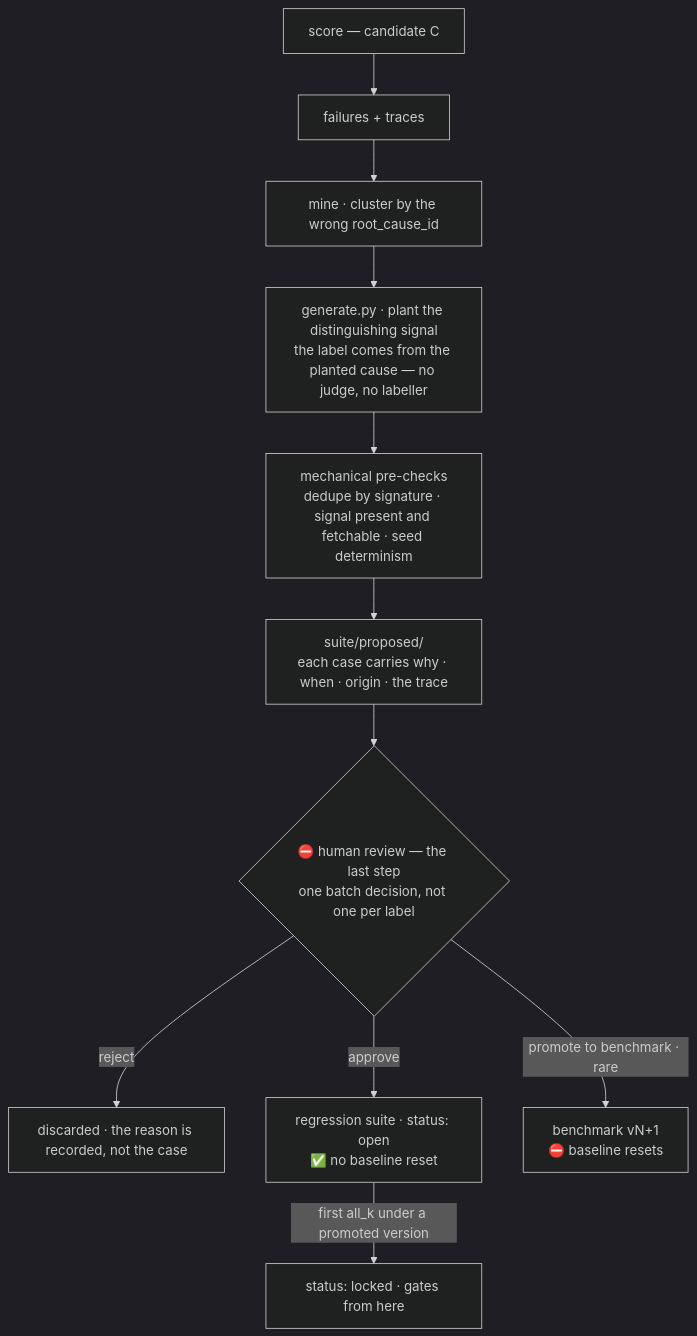
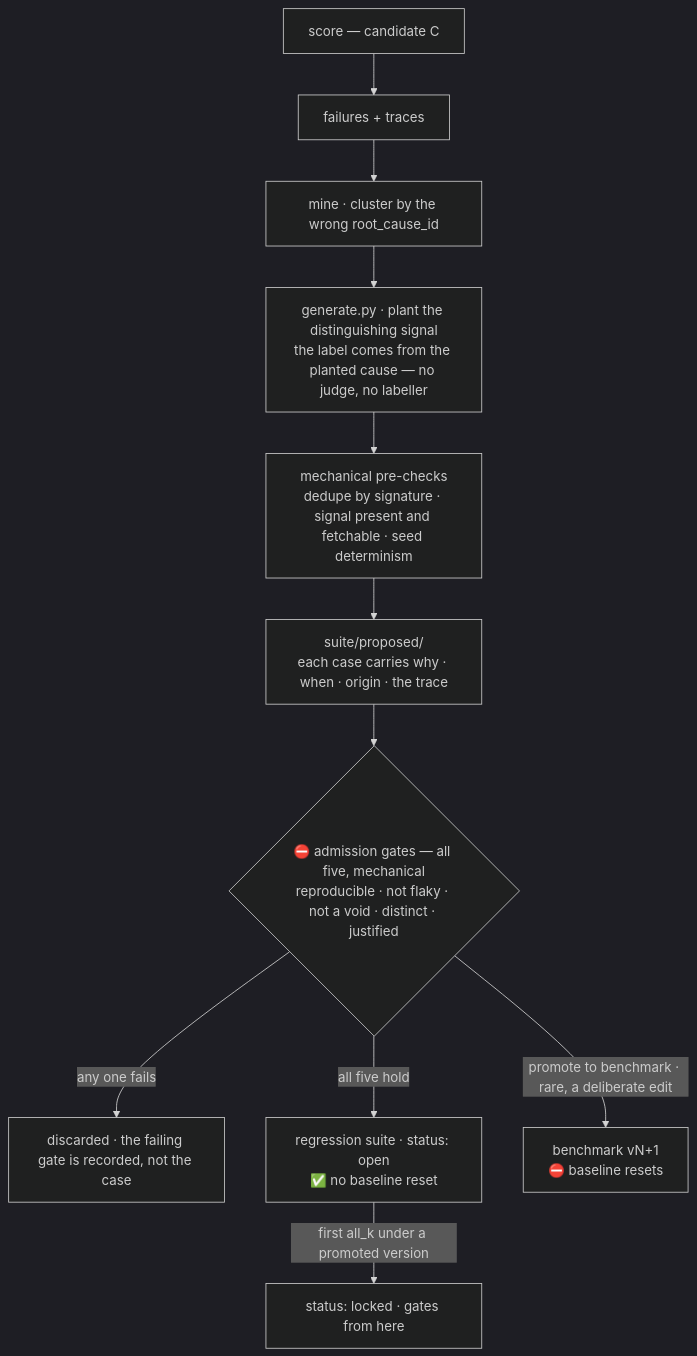
One commit to sandeepyadav1478/touchstone changed the diagram in docs/02-promotion.md. Above: the diagram before and after it, drawn with Mermaid (dark theme). The commit also changed other lines of this file and 12 other files, not shown here.

First line of the commit message:
Delete the human gate: no person is ever a state in the machine

````diff
--- a/docs/02-promotion.md
+++ b/docs/02-promotion.md
@@ -149,13 +149,13 @@
 ```mermaid
 flowchart TB
   SCORE["score — candidate C"] --> FAIL["failures + traces"]
   FAIL --> MINE["mine · cluster by the wrong root_cause_id"]
   MINE --> GEN["generate.py · plant the distinguishing signal<br/>the label comes from the planted cause — no judge, no labeller"]
   GEN --> CHECK["mechanical pre-checks<br/>dedupe by signature · signal present and fetchable · seed determinism"]
   CHECK --> PROP["suite/proposed/<br/>each case carries why · when · origin · the trace"]
-  PROP --> HUMAN{"⛔ human review — the last step<br/>one batch decision, not one per label"}
-  HUMAN -->|reject| DROP["discarded · the reason is recorded, not the case"]
-  HUMAN -->|approve| REG["regression suite · status: open<br/>✅ no baseline reset"]
+  PROP --> ADMIT{"⛔ admission gates — all five, mechanical<br/>reproducible · not flaky · not a void · distinct · justified"}
+  ADMIT -->|any one fails| DROP["discarded · the failing gate is recorded, not the case"]
+  ADMIT -->|all five hold| REG["regression suite · status: open<br/>✅ no baseline reset"]
   REG -->|"first all_k under a promoted version"| LOCK["status: locked · gates from here"]
-  HUMAN -->|"promote to benchmark · rare"| BENCH["benchmark vN+1<br/>⛔ baseline resets"]
+  ADMIT -->|"promote to benchmark · rare, a deliberate edit"| BENCH["benchmark vN+1<br/>⛔ baseline resets"]
 ```
````
